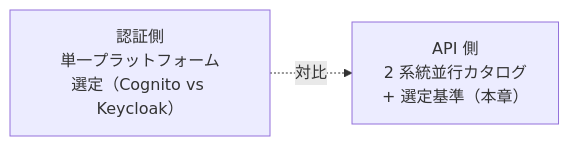
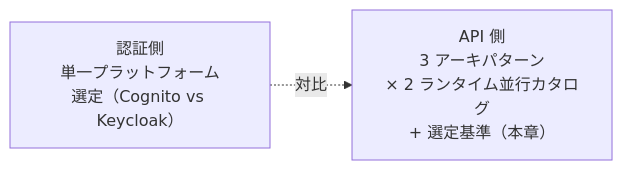
Before and after one commit to suepie/aws-atuh-poc: the first of 3 diagrams in doc/api-platform/proposal/common/02-runtime-selection-criteria.md, drawn with Mermaid. The commit also changed other lines of this file and 14 other files, not shown here.

````diff
--- a/doc/api-platform/proposal/common/02-runtime-selection-criteria.md
+++ b/doc/api-platform/proposal/common/02-runtime-selection-criteria.md
@@ -22,4 +37,4 @@
 ```mermaid
 flowchart LR
-    AuthSide[認証側<br/>単一プラットフォーム<br/>選定（Cognito vs Keycloak）] -.対比.-> APISide[API 側<br/>2 系統並行カタログ<br/>+ 選定基準（本章）]
+    AuthSide[認証側<br/>単一プラットフォーム<br/>選定（Cognito vs Keycloak）] -.対比.-> APISide[API 側<br/>3 アーキパターン<br/>× 2 ランタイム並行カタログ<br/>+ 選定基準（本章）]
 ```
````
